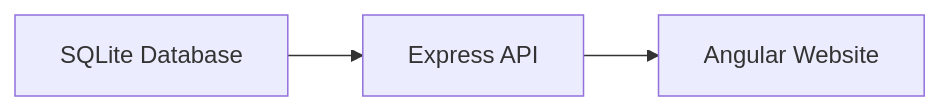
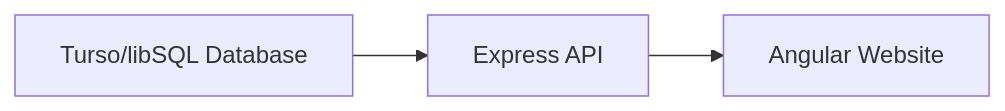
The first of 7 diagrams in src/docs/content-data-flow.md (anthonyturner/marvel-rivals-coach), drawn with Mermaid before and after one commit. The commit also changed other lines of this file and 12 other files, not shown here.

First line of the commit message:
feat: migrate from SQLite to Turso for database management

````diff
--- a/src/docs/content-data-flow.md
+++ b/src/docs/content-data-flow.md
@@ -9,5 +9,5 @@
 ```mermaid
 flowchart LR
-  Database["SQLite Database"] --> Api["Express API"]
+  Database["Turso/libSQL Database"] --> Api["Express API"]
   Api --> Angular["Angular Website"]
 ```
````
